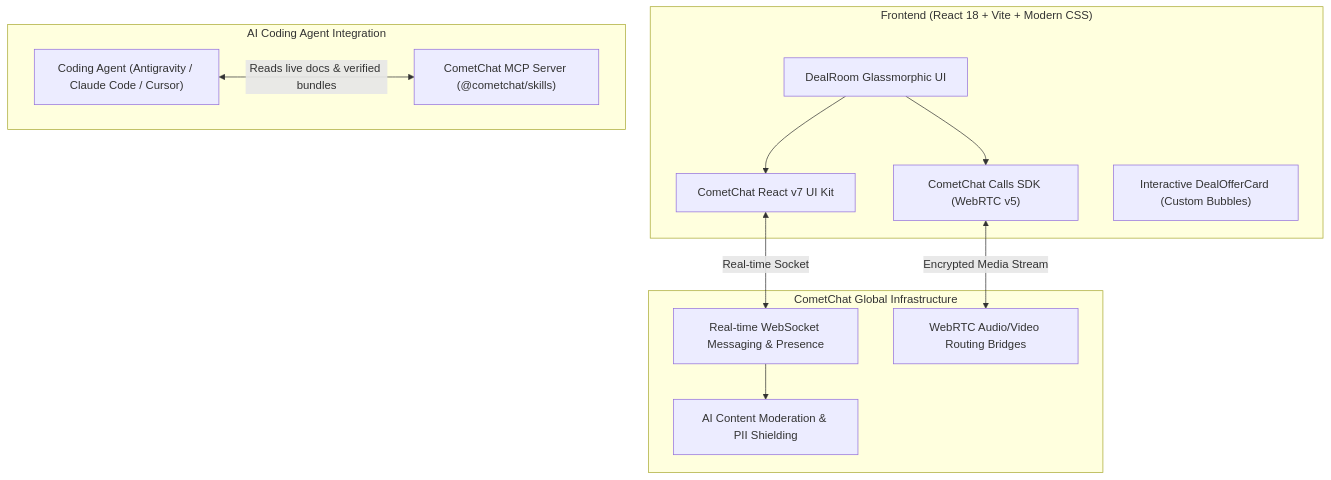
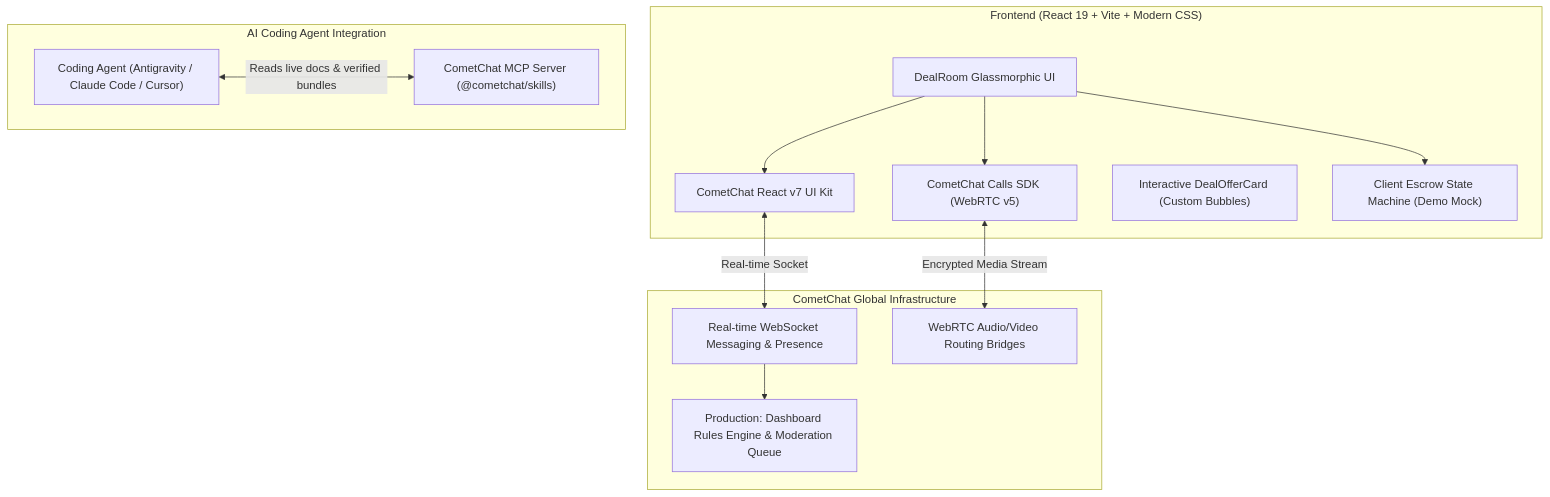
One commit to Harshit17x/dealroom-live changed the diagram in README.md. Above: the diagram before and after it, drawn with Mermaid. The commit also changed other lines of this file and 7 other files, not shown here.

````diff
--- a/README.md
+++ b/README.md
@@ -26,27 +27,29 @@
 ```mermaid
 flowchart TD
-    subgraph Client["Frontend (React 18 + Vite + Modern CSS)"]
+    subgraph Client["Frontend (React 19 + Vite + Modern CSS)"]
         UI["DealRoom Glassmorphic UI"]
         CC_UIKit["CometChat React v7 UI Kit"]
         CC_Calls["CometChat Calls SDK (WebRTC v5)"]
         OfferComponent["Interactive DealOfferCard (Custom Bubbles)"]
+        EscrowSM["Client Escrow State Machine (Demo Mock)"]
     end
 
     subgraph CometChat_Cloud["CometChat Global Infrastructure"]
         Messaging["Real-time WebSocket Messaging & Presence"]
         MediaServer["WebRTC Audio/Video Routing Bridges"]
-        Guardrails["AI Content Moderation & PII Shielding"]
+        Guardrails["Production: Dashboard Rules Engine & Moderation Queue"]
     end
 
     subgraph Agent_MCP["AI Coding Agent Integration"]
         MCP["CometChat MCP Server (@cometchat/skills)"]
         IDE["Coding Agent (Antigravity / Claude Code / Cursor)"]
     end
 
     IDE <-->|Reads live docs & verified bundles| MCP
     UI --> CC_UIKit
     UI --> CC_Calls
+    UI --> EscrowSM
     CC_UIKit <-->|Real-time Socket| Messaging
     CC_Calls <-->|Encrypted Media Stream| MediaServer
     Messaging --> Guardrails
 ```
````
